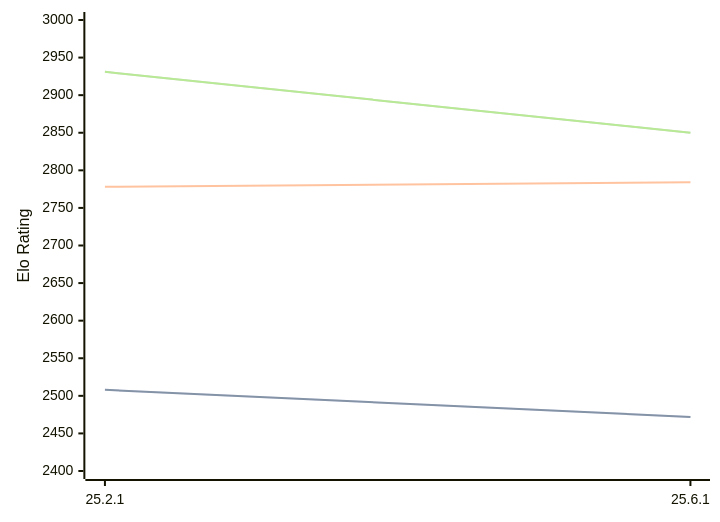
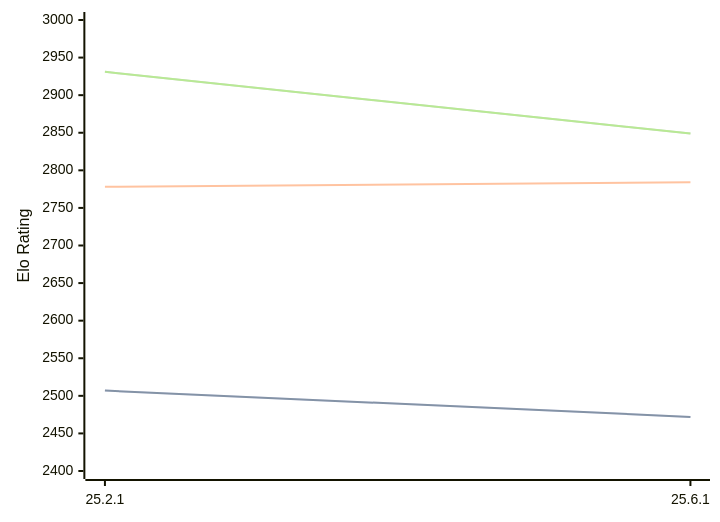
One commit to computer-chess-index/cci changed the diagram in engines/Crafty.md. Above: the diagram before and after it, drawn with Mermaid. The commit also changed other lines of this file, not shown here.

Commit message:
Update CCI Ratings (ELO VLTC) - 2026-08-28

````diff
--- a/engines/Crafty.md
+++ b/engines/Crafty.md
@@ -32,11 +32,11 @@
 ```mermaid
 %%{init: {"theme":"base","themeVariables":{"seriesColors:['#a3a3a3','#222221','#faa371']}}}%%
 xychart-beta
   x-axis ["25.2.1", "25.6.1"]
   y-axis "Elo Rating" 2400 --> 3000
-  line "" [2508, 2472]
-  line "STC (8.0+0.08s)" [2508, 2472]
+  line "" [2507, 2472]
+  line "STC (8.0+0.08s)" [2507, 2472]
   line "LTC (60.0+0.60s)" [2778, 2784]
-  line "" [2931, 2850]
-  line "VLTC (2m24s+1.12s)" [2931, 2850]
+  line "" [2931, 2849]
+  line "VLTC (2m24s+1.12s)" [2931, 2849]
 ```
````
